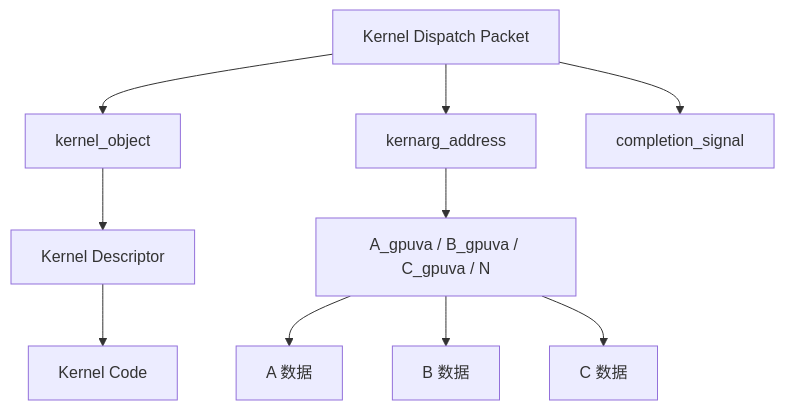
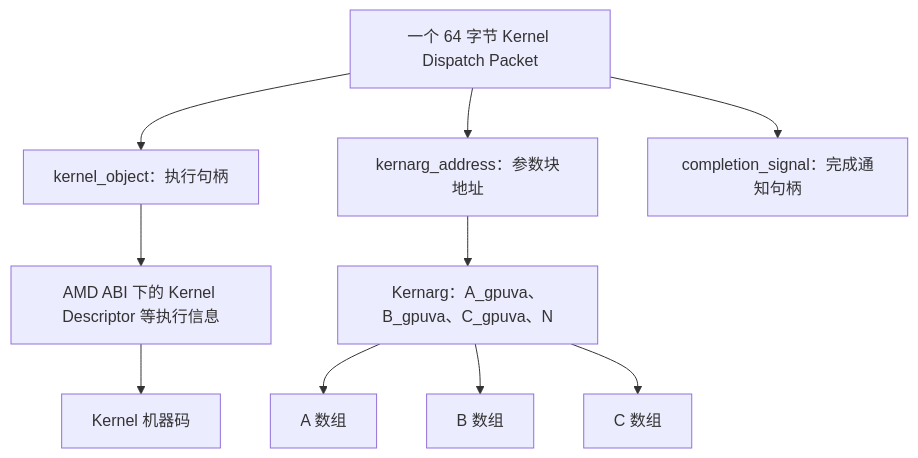
Before and after one commit to hxfei-git/gpu-study: the third of 13 diagrams in 03_AMD GPU 队列与 AQL Dispatch.md, drawn with Mermaid. The commit also changed other lines of this file and 1 other file, not shown here.

Commit message:
docs(queue): streamline dispatch chapters and knowledge lookup

````diff
--- a/03_AMD GPU 队列与 AQL Dispatch.md
+++ b/03_AMD GPU 队列与 AQL Dispatch.md
@@ -3768,12 +2573,13 @@
 ```mermaid
 flowchart TD
-    P[Kernel Dispatch Packet] --> KO[kernel_object]
-    P --> KA[kernarg_address]
-    P --> CS[completion_signal]
-    KO --> KD[Kernel Descriptor]
-    KD --> CODE[Kernel Code]
-    KA --> ARGS[A_gpuva / B_gpuva / C_gpuva / N]
-    ARGS --> A[A 数据]
-    ARGS --> B[B 数据]
-    ARGS --> C[C 数据]
+    P["一个 64 字节 Kernel Dispatch Packet"]
+    P --> KO["kernel_object：执行句柄"]
+    KO --> KD["AMD ABI 下的 Kernel Descriptor 等执行信息"]
+    KD --> CODE["Kernel 机器码"]
+    P --> KA["kernarg_address：参数块地址"]
+    KA --> ARGS["Kernarg：A_gpuva、B_gpuva、C_gpuva、N"]
+    ARGS --> A["A 数组"]
+    ARGS --> B["B 数组"]
+    ARGS --> C["C 数组"]
+    P --> S["completion_signal：完成通知句柄"]
 ```
````
